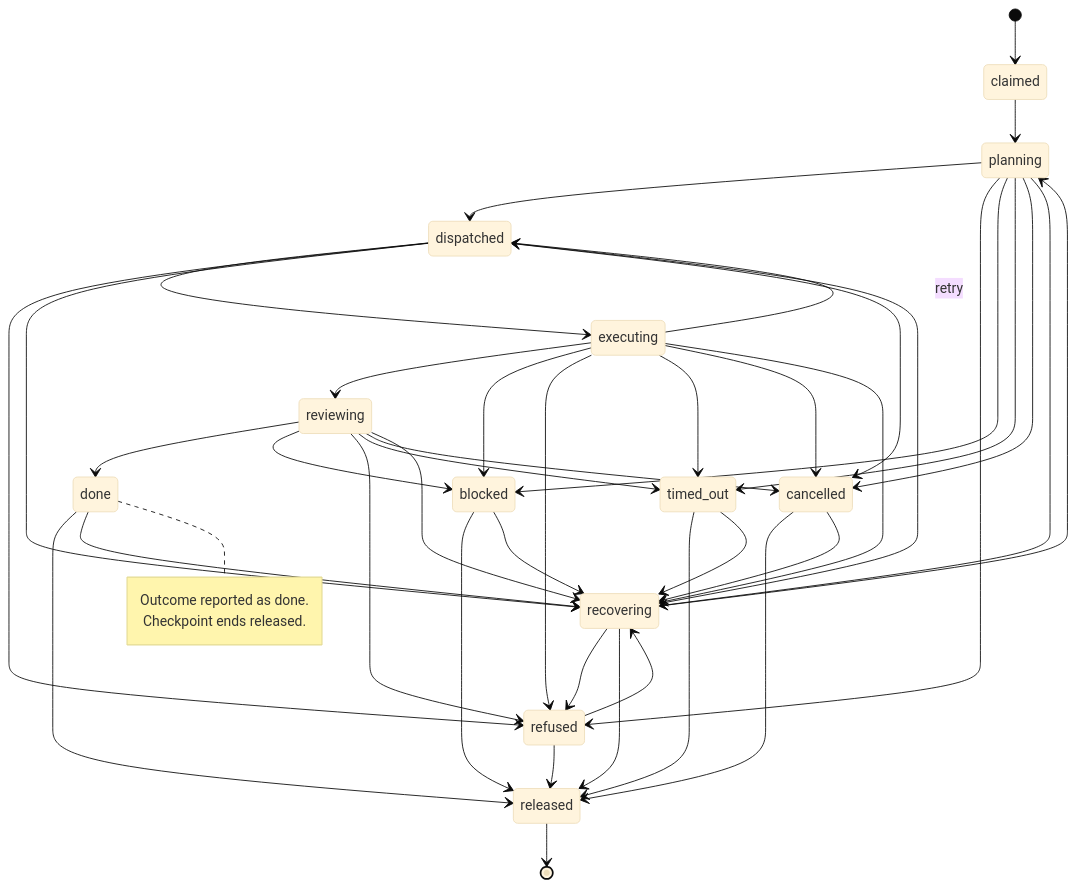
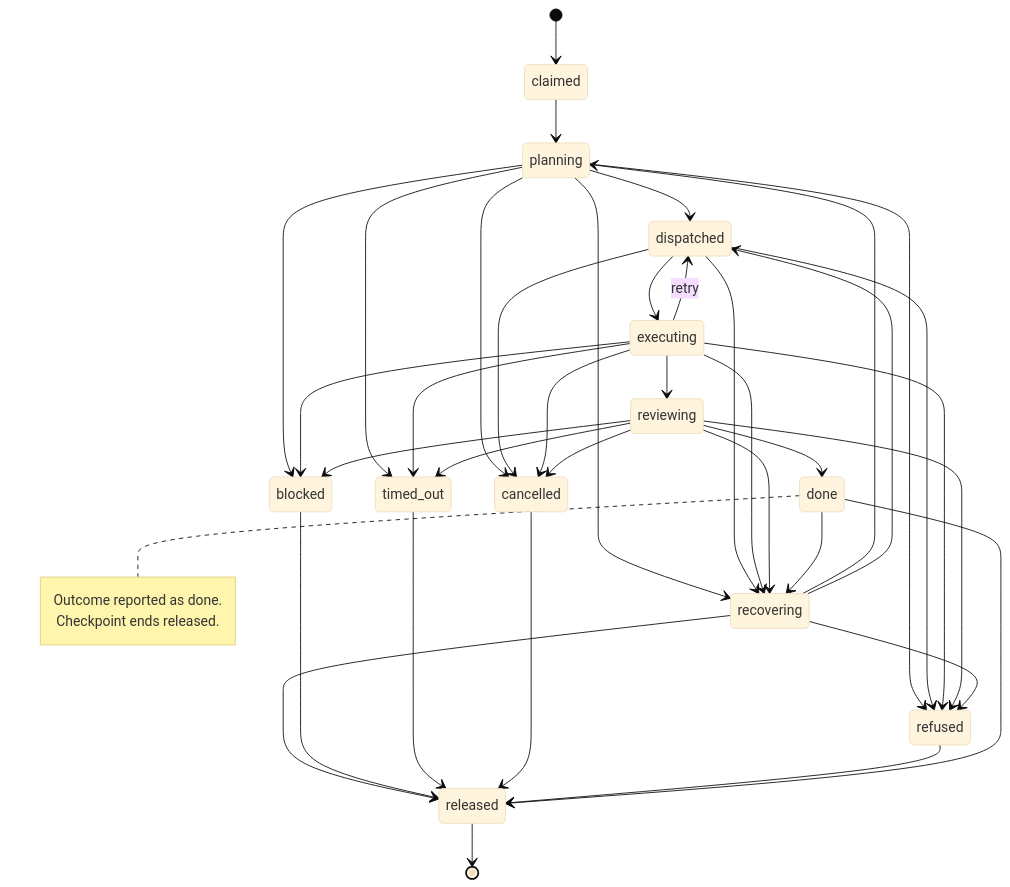
One commit to stSoftwareAU/VibeCoder changed the second of 4 diagrams in docs/MANAGER-WORKER-CONTRACT.md. Above: the diagram before and after it, drawn with Mermaid (base theme). The commit also changed other lines of this file and 11 other files, not shown here.

````diff
--- a/docs/MANAGER-WORKER-CONTRACT.md
+++ b/docs/MANAGER-WORKER-CONTRACT.md
@@ -251,47 +254,43 @@
 ```mermaid
 stateDiagram-v2
   [*] --> claimed
   claimed --> planning
   planning --> dispatched
   planning --> refused
   planning --> blocked
   planning --> timed_out
   planning --> cancelled
   planning --> recovering
   dispatched --> executing
   dispatched --> refused
   dispatched --> recovering
   dispatched --> cancelled
   executing --> reviewing
   executing --> dispatched : retry
   executing --> blocked
   executing --> refused
   executing --> timed_out
   executing --> cancelled
   executing --> recovering
   reviewing --> done
   reviewing --> blocked
   reviewing --> refused
   reviewing --> timed_out
   reviewing --> cancelled
   reviewing --> recovering
   recovering --> planning
   recovering --> dispatched
   recovering --> refused
   recovering --> released
   blocked --> released
-  blocked --> recovering
   timed_out --> released
-  timed_out --> recovering
   cancelled --> released
-  cancelled --> recovering
   refused --> released
-  refused --> recovering
   done --> released
   done --> recovering
   note right of done
     Outcome reported as done.
     Checkpoint ends released.
   end note
   released --> [*]
 ```
````
